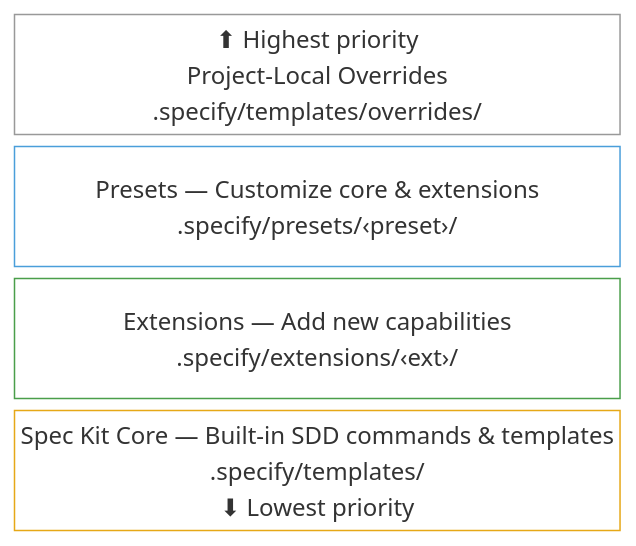
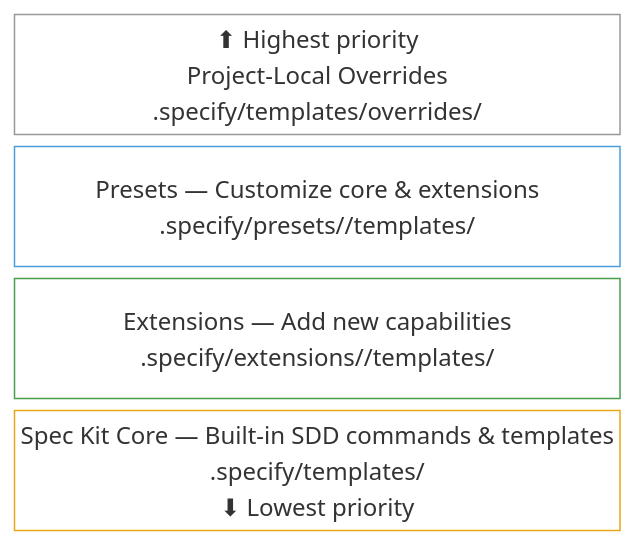
The diagram in README.md (github/spec-kit), drawn with Mermaid before and after one commit. The commit also changed other lines of this file, not shown here.

Commit message:
docs: Clarify template vs command resolution in README
- Separate template resolution (top-down, first-match-wins stack) from
  command registration (written directly into agent directories)
- Update Mermaid diagram paths to use <preset-id> and <ext-id>
  placeholders consistent with existing documentation

Addresses PR review feedback on #1898.

````diff
--- a/README.md
+++ b/README.md
@@ -330,13 +330,13 @@
 ```mermaid
 block-beta
     columns 1
     overrides["⬆ Highest priority\nProject-Local Overrides\n.specify/templates/overrides/"]
-    presets["Presets — Customize core & extensions\n.specify/presets/‹preset›/"]
-    extensions["Extensions — Add new capabilities\n.specify/extensions/‹ext›/"]
+    presets["Presets — Customize core & extensions\n.specify/presets/<preset-id>/templates/"]
+    extensions["Extensions — Add new capabilities\n.specify/extensions/<ext-id>/templates/"]
     core["Spec Kit Core — Built-in SDD commands & templates\n.specify/templates/\n⬇ Lowest priority"]
 
     style overrides fill:transparent,stroke:#999
     style presets fill:transparent,stroke:#4a9eda
     style extensions fill:transparent,stroke:#4a9e4a
     style core fill:transparent,stroke:#e6a817
 ```
````
